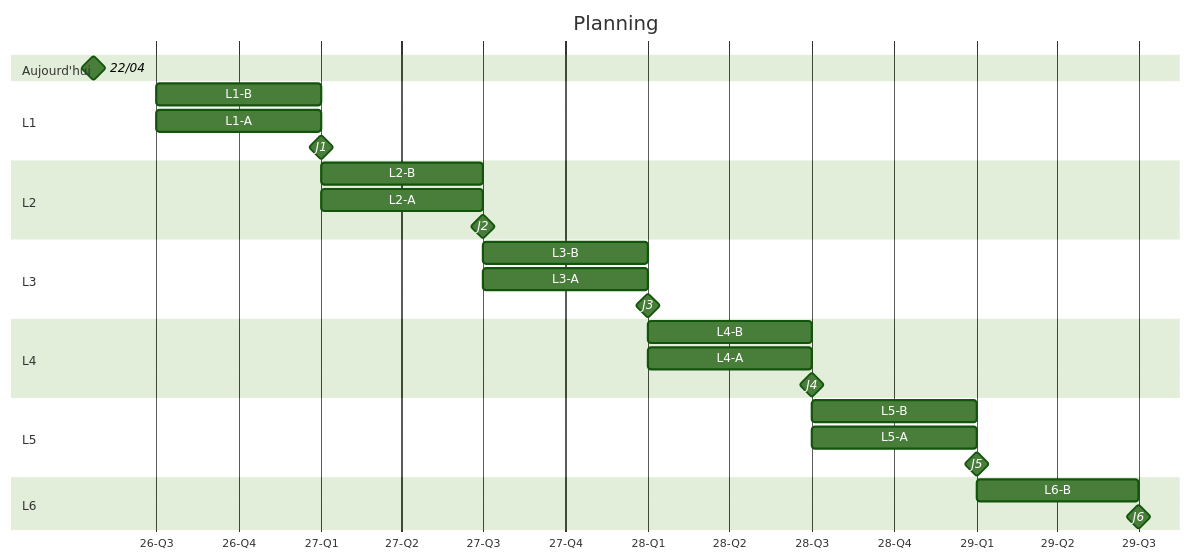
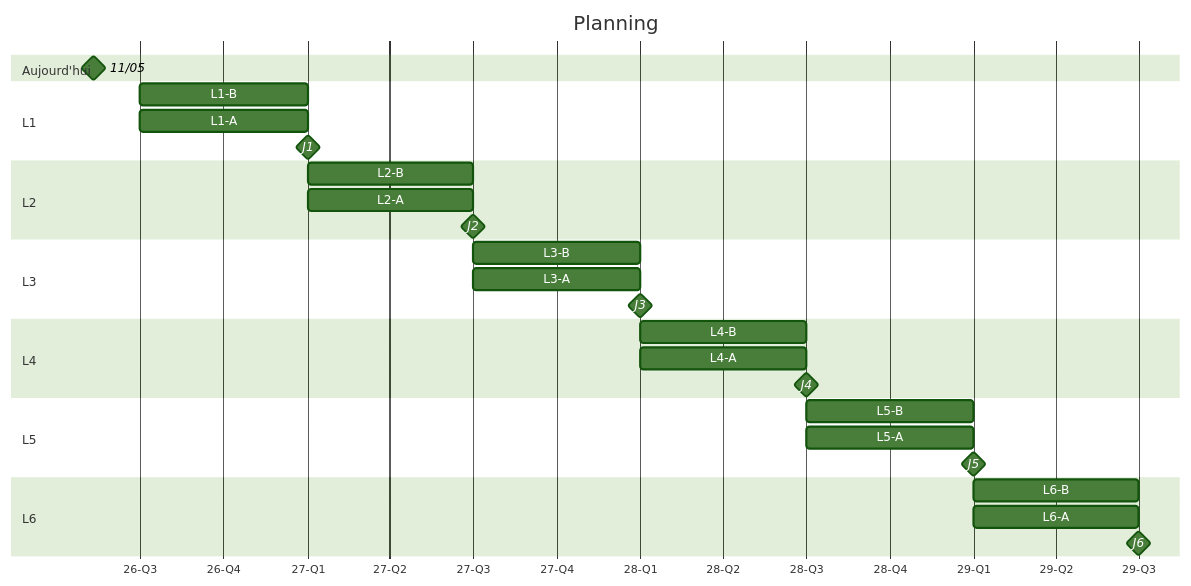
The diagram in planning.md (cdamas-cerema/test), drawn with Mermaid (forest theme) before and after one commit.

Commit message:
Update milestone date from April to May 2026

````diff
--- a/planning.md
+++ b/planning.md
@@ -2,41 +2,42 @@
 ```mermaid
 gantt
     title Planning
     dateFormat YYYY-MM-DD
     axisFormat %y-Q%q
     tickInterval 3month
 
     section Aujourd'hui
         %% This task forces the chart to start at the beginning of the year
-        22/04 : milestone, m1, 2026-04-22, 0d
+        11/05 : milestone, m1, 2026-05-11, 0d
 
     section L1
         L1-B                                 :2026-07-01, 6M
         L1-A                                 :2026-07-01, 6M
         J1                                   :milestone, 2027-01-01, 1m
 
     section L2
         L2-B                                 :2027-01-01, 6M
         L2-A                                 :2027-01-01, 6M
         J2                                   :milestone, 2027-07-01, 1m
 
     section L3
         L3-B                                 :2027-07-01, 6M
         L3-A                                 :2027-07-01, 6M
         J3                                   :milestone, 2028-01-01, 1m
 
     section L4
         L4-B                                 :2028-01-01, 6M
         L4-A                                 :2028-01-01, 6M
         J4                                   :milestone, 2028-07-01, 1m
 
     section L5
         L5-B                                 :2028-07-01, 6M
         L5-A                                 :2028-07-01, 6M
         J5                                   :milestone, 2029-01-01, 1m
 
     section L6
         L6-B                                 :2029-01-01, 6M
+        L6-A                                 :2029-01-01, 6M
         J6                                   :milestone, 2029-07-01, 1m
         
 ```
````
